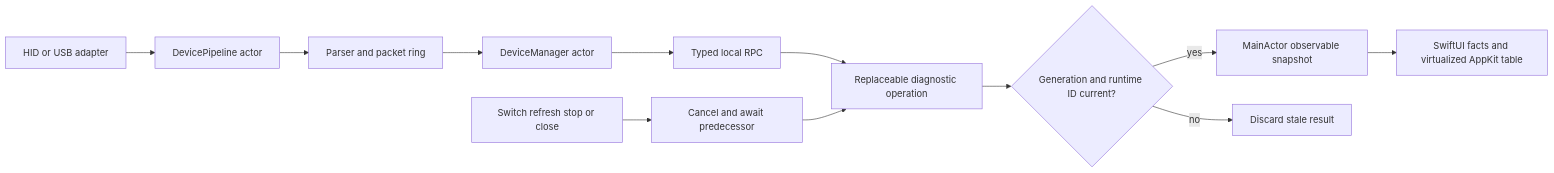
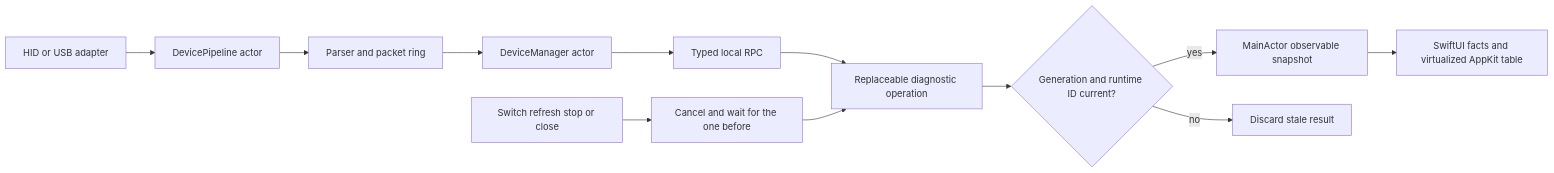
Before and after one commit to xsyetopz/OpenJoystickDriver: the third of 5 diagrams in docs/development/architecture.md, drawn with Mermaid. The commit also changed other lines of this file and 29 other files, not shown here.

````diff
--- a/docs/development/architecture.md
+++ b/docs/development/architecture.md
@@ -51,14 +55,14 @@
 ```mermaid
 flowchart LR
   A[HID or USB adapter] --> B[DevicePipeline actor]
   B --> C[Parser and packet ring]
   C --> D[DeviceManager actor]
   D --> E[Typed local RPC]
   E --> F[Replaceable diagnostic operation]
   F --> G{Generation and runtime ID current?}
   G -->|yes| H[MainActor observable snapshot]
   G -->|no| I[Discard stale result]
   H --> J[SwiftUI facts and virtualized AppKit table]
-  K[Switch refresh stop or close] --> L[Cancel and await predecessor]
+  K[Switch refresh stop or close] --> L[Cancel and wait for the one before]
   L --> F
 ```
````
